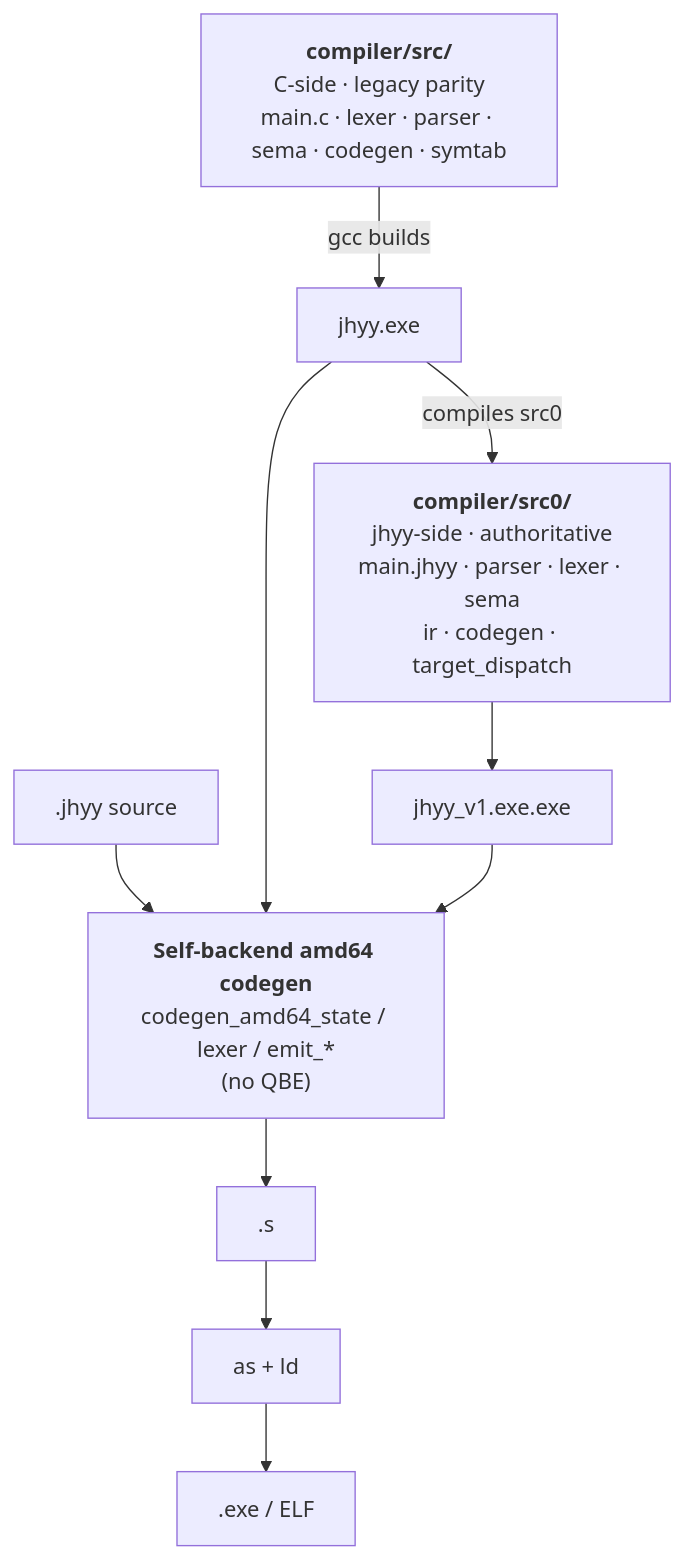
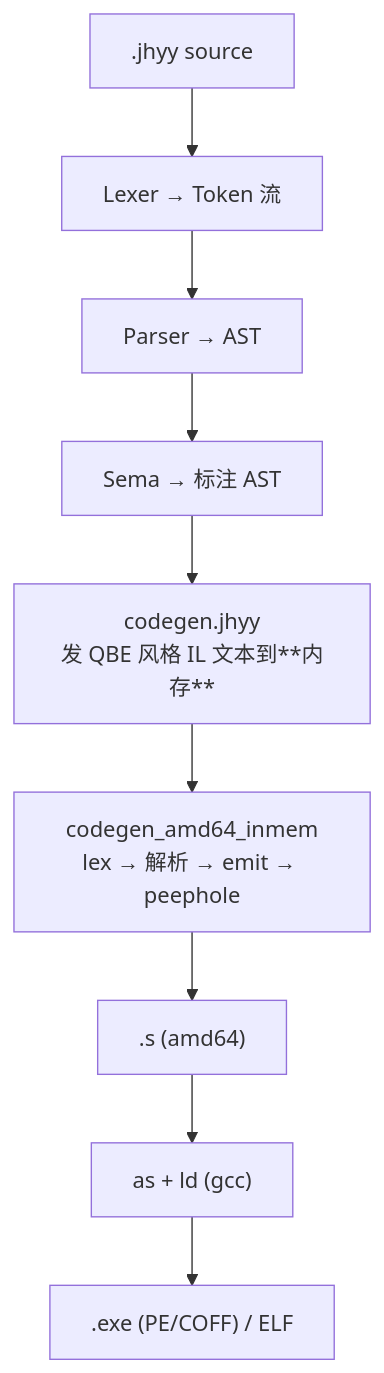
One commit to JiHuiYiYou/JiHuiYiYou-compiler changed the diagram in README.md. Above: the diagram before and after it, drawn with Mermaid. The commit also changed other lines of this file, not shown here.

````diff
--- a/README.md
+++ b/README.md
@@ -178,12 +202,11 @@
 ```mermaid
 flowchart TB
-    cs["<b>compiler/src/</b><br/>C-side · legacy parity<br/>main.c · lexer · parser · sema · codegen · symtab"]
-    s0["<b>compiler/src0/</b><br/>jhyy-side · authoritative<br/>main.jhyy · parser · lexer · sema<br/>ir · codegen · target_dispatch"]
-    cs -->|gcc builds| bin1["jhyy.exe"]
-    bin1 -->|compiles src0| s0
-    s0 --> bin2["jhyy_v1.exe.exe"]
-    src_src[".jhyy source"] --> sb["<b>Self-backend amd64 codegen</b><br/>codegen_amd64_state / lexer / emit_*<br/>(no QBE)"]
-    bin1 --> sb
-    bin2 --> sb
-    sb --> asm[".s"] --> ln["as + ld"] --> exe[".exe / ELF"]
+    src[".jhyy source"] --> lex["Lexer → Token 流"]
+    lex --> parse["Parser → AST"]
+    parse --> sema["Sema → 标注 AST"]
+    sema --> il["codegen.jhyy<br/>发 QBE 风格 IL 文本到**内存**"]
+    il --> sb["codegen_amd64_inmem<br/>lex → 解析 → emit → peephole"]
+    sb --> asm[".s (amd64)"]
+    asm --> ln["as + ld (gcc)"]
+    ln --> exe[".exe (PE/COFF) / ELF"]
 ```
````
